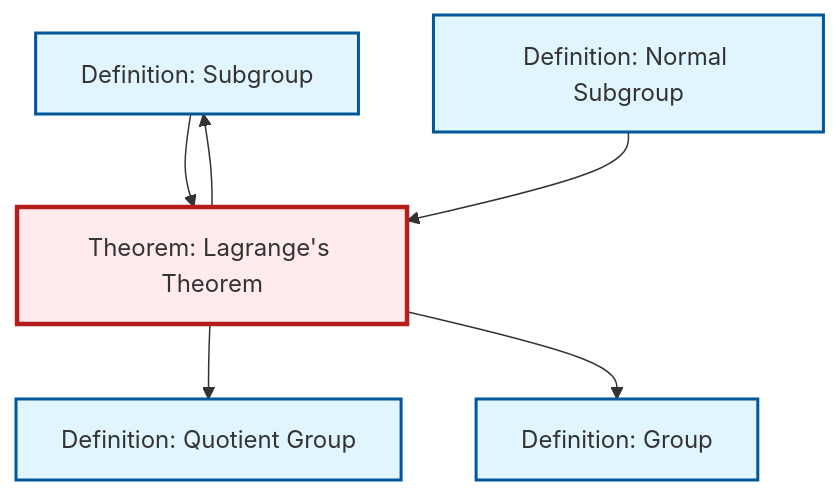
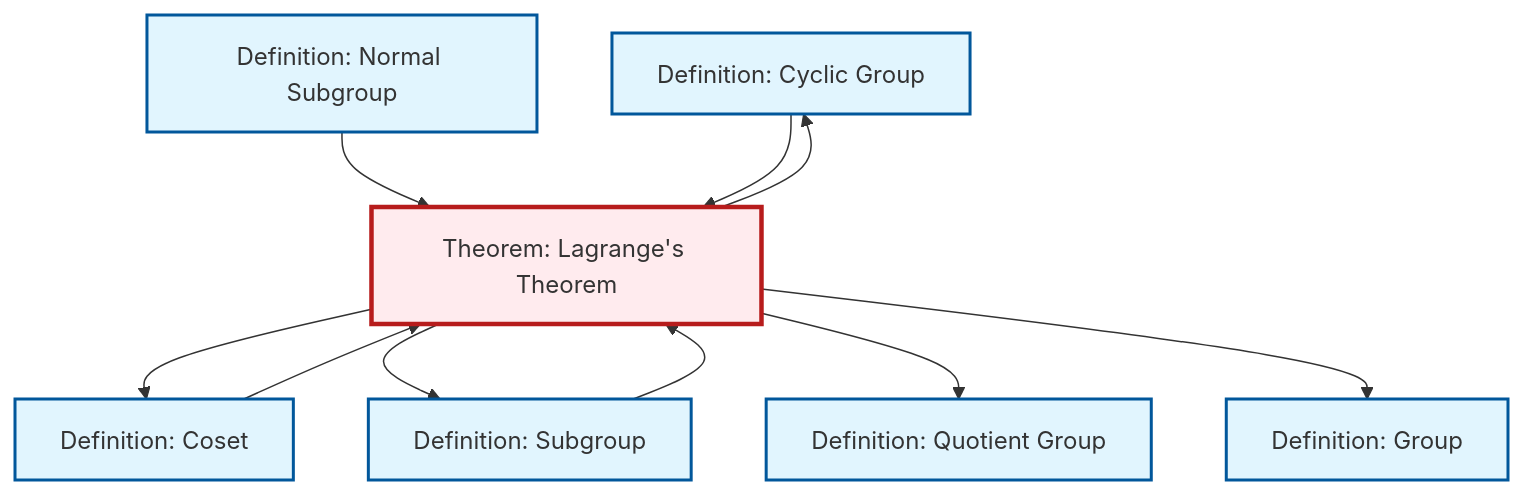
The diagram in content/ja/algebra/thm-lagrange.qmd (RK0429/ModernMath), drawn with Mermaid before and after one commit. The commit also changed 417 other files, not shown here.

````diff
--- a/content/ja/algebra/thm-lagrange.qmd
+++ b/content/ja/algebra/thm-lagrange.qmd
@@ -44,24 +44,32 @@
 ```{mermaid}
 %%| fig-cap: "Local dependency graph"
 graph TD
     classDef definition fill:#e1f5fe,stroke:#01579b,stroke-width:2px
     classDef theorem fill:#f3e5f5,stroke:#4a148c,stroke-width:2px
     classDef axiom fill:#fff3e0,stroke:#e65100,stroke-width:2px
     classDef example fill:#e8f5e9,stroke:#1b5e20,stroke-width:2px
     classDef current fill:#ffebee,stroke:#b71c1c,stroke-width:3px
+    def-cyclic-group["Definition: Cyclic Group"]:::definition
     def-subgroup["Definition: Subgroup"]:::definition
+    def-coset["Definition: Coset"]:::definition
     def-normal-subgroup["Definition: Normal Subgroup"]:::definition
-    def-group["Definition: Group"]:::definition
     def-quotient-group["Definition: Quotient Group"]:::definition
     thm-lagrange["Theorem: Lagrange's Theorem"]:::theorem
+    def-group["Definition: Group"]:::definition
+    thm-lagrange --> def-cyclic-group
+    def-normal-subgroup --> thm-lagrange
+    thm-lagrange --> def-coset
+    thm-lagrange --> def-subgroup
+    def-cyclic-group --> thm-lagrange
+    def-coset --> thm-lagrange
+    thm-lagrange --> def-quotient-group
+    thm-lagrange --> def-group
     def-subgroup --> thm-lagrange
-    thm-lagrange --> def-quotient-group
-    thm-lagrange --> def-subgroup
-    thm-lagrange --> def-group
-    def-normal-subgroup --> thm-lagrange
     class thm-lagrange current
+    click def-cyclic-group "def-cyclic-group.html" "Definition: Cyclic Groupへ"
     click def-subgroup "def-subgroup.html" "Definition: Subgroupへ"
+    click def-coset "def-coset.html" "Definition: Cosetへ"
     click def-normal-subgroup "def-normal-subgroup.html" "Definition: Normal Subgroupへ"
+    click def-quotient-group "def-quotient-group.html" "Definition: Quotient Groupへ"
     click def-group "def-group.html" "Definition: Groupへ"
-    click def-quotient-group "def-quotient-group.html" "Definition: Quotient Groupへ"
 ```
````
